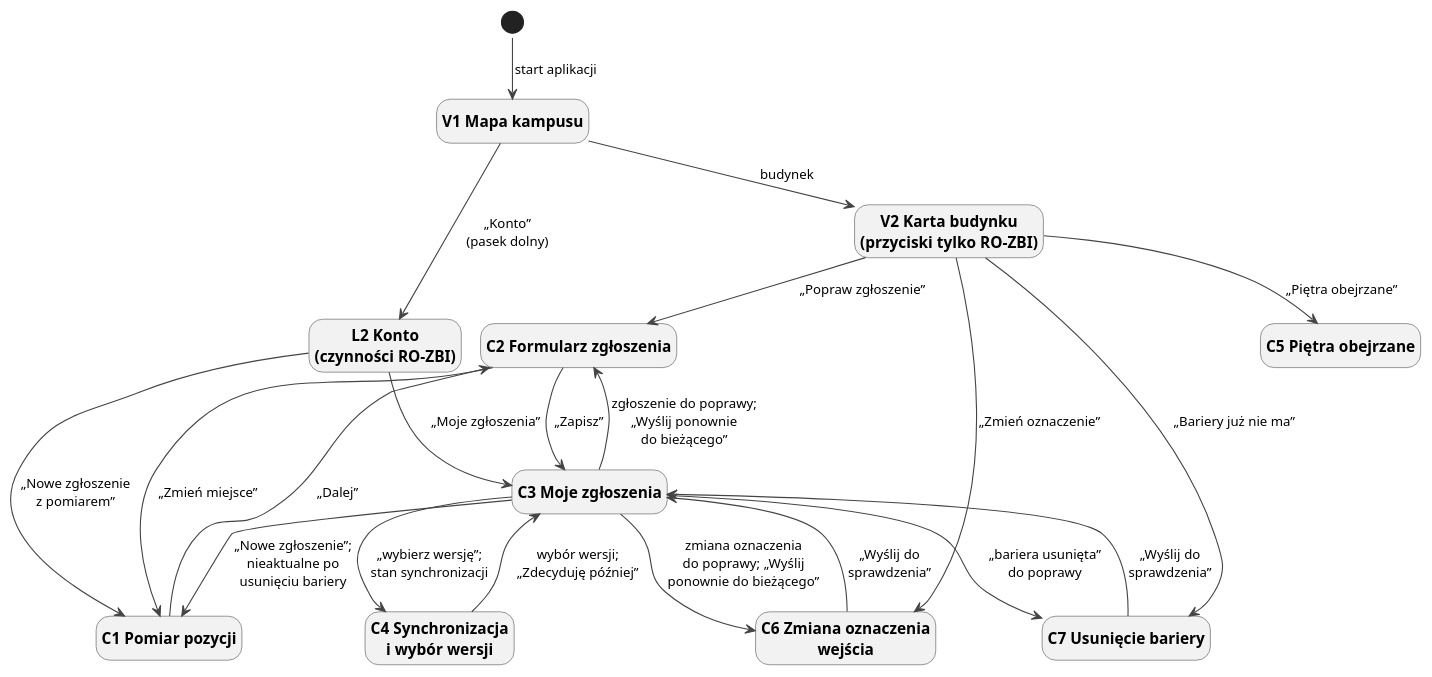
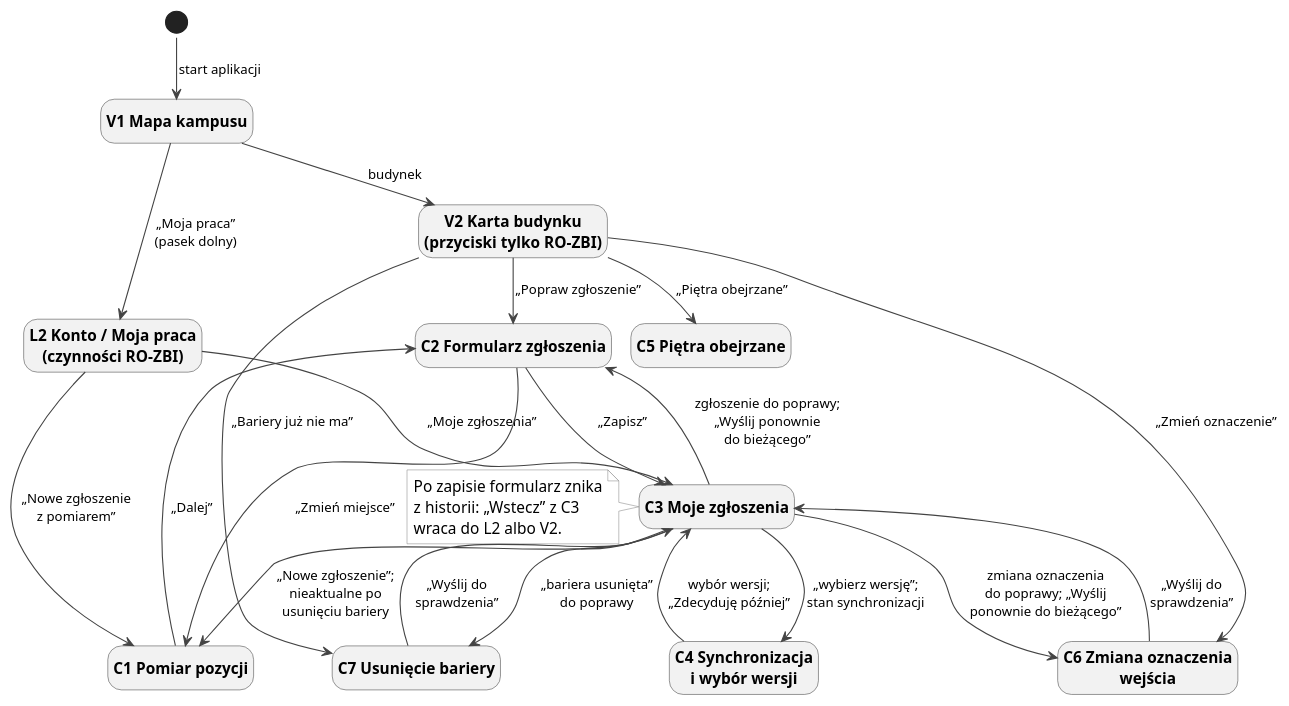
The diagram in docs/docs/ux/nawigacja-zespol-zbierajacy.puml (dostepny-kampus/dostepny-kampus), drawn with PlantUML before and after one commit. The commit also changed 2 other files, not shown here.

Commit message:
docs(ux): fix navigation diagrams for work entry, cancel and consent targets

```diff
--- a/docs/docs/ux/nawigacja-zespol-zbierajacy.puml
+++ b/docs/docs/ux/nawigacja-zespol-zbierajacy.puml
@@ -1,54 +1,65 @@
 @startuml
 !pragma layout smetana
 hide empty description
 skinparam defaultFontSize 14
 skinparam ArrowColor #444444
 skinparam ArrowFontSize 12
 skinparam state {
   BackgroundColor #F2F2F2
   BorderColor #444444
   FontStyle bold
 }
 skinparam state<<stan>> {
   BackgroundColor #FFFFFF
   BorderColor #444444
   FontStyle normal
 }
 
+skinparam note {
+  BackgroundColor #FFFFFF
+  BorderColor #888888
+}
+
 state "V1 Mapa kampusu" as V1
 state "V2 Karta budynku\n(przyciski tylko RO-ZBI)" as V2
-state "L2 Konto\n(czynności RO-ZBI)" as L2
+state "L2 Konto / Moja praca\n(czynności RO-ZBI)" as L2
 state "C1 Pomiar pozycji" as C1
 state "C2 Formularz zgłoszenia" as C2
 state "C3 Moje zgłoszenia" as C3
 state "C4 Synchronizacja\ni wybór wersji" as C4
 state "C5 Piętra obejrzane" as C5
 state "C6 Zmiana oznaczenia\nwejścia" as C6
 state "C7 Usunięcie bariery" as C7
 
 [*] --> V1 : start aplikacji
 V1 --> V2 : budynek
-V1 --> L2 : „Konto”\n(pasek dolny)
+V1 --> L2 : „Moja praca”\n(pasek dolny)
 
 L2 --> C1 : „Nowe zgłoszenie\nz pomiarem”
 L2 --> C3 : „Moje zgłoszenia”
 
 V2 --> C6 : „Zmień oznaczenie”
 V2 --> C7 : „Bariery już nie ma”
 V2 --> C2 : „Popraw zgłoszenie”
 V2 --> C5 : „Piętra obejrzane”
 
 C1 --> C2 : „Dalej”
 C2 --> C1 : „Zmień miejsce”
 C2 --> C3 : „Zapisz”
 
 C3 --> C1 : „Nowe zgłoszenie”;\nnieaktualne po\nusunięciu bariery
 C3 --> C2 : zgłoszenie do poprawy;\n„Wyślij ponownie\ndo bieżącego”
 C3 --> C6 : zmiana oznaczenia\ndo poprawy; „Wyślij\nponownie do bieżącego”
 C3 --> C7 : „bariera usunięta”\ndo poprawy
 C3 --> C4 : „wybierz wersję”;\nstan synchronizacji
 
 C4 --> C3 : wybór wersji;\n„Zdecyduję później”
 C6 --> C3 : „Wyślij do\nsprawdzenia”
 C7 --> C3 : „Wyślij do\nsprawdzenia”
+
+note left of C3
+  Po zapisie formularz znika
+  z historii: „Wstecz” z C3
+  wraca do L2 albo V2.
+end note
 @enduml
```
